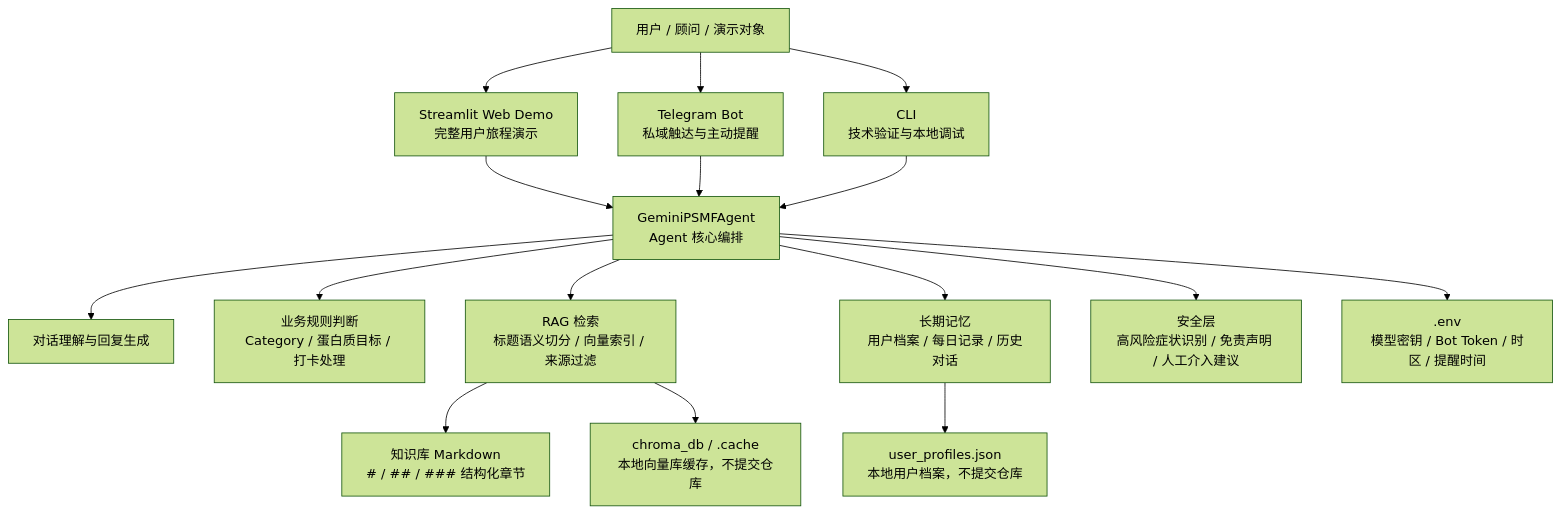
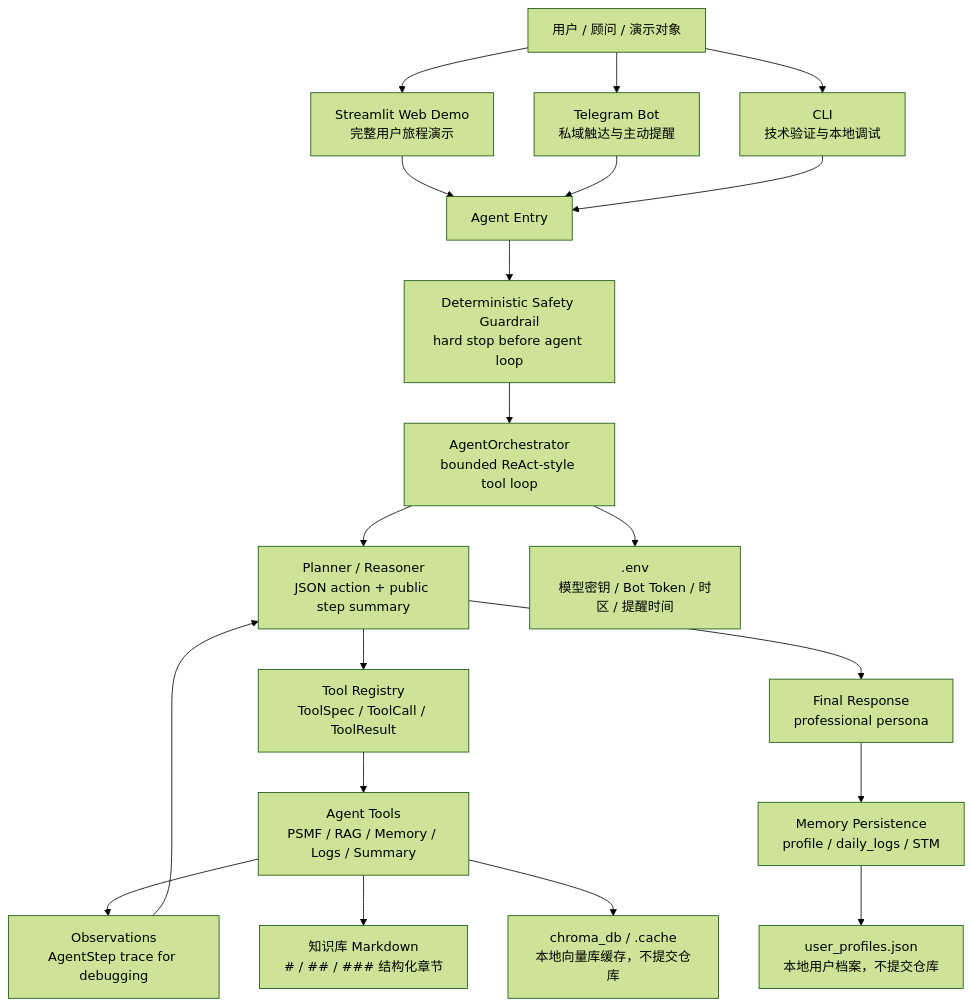
Before and after one commit to xli561980-ship-it/psmf-agent: the first of 2 diagrams in README.md, drawn with Mermaid (forest theme). The commit also changed other lines of this file and 4 other files, not shown here.

Commit message:
docs: update architecture to tool-using agent workflow

````diff
--- a/README.md
+++ b/README.md
@@ -53,35 +54,41 @@
 ```mermaid
 flowchart TB
     U["用户 / 顾问 / 演示对象"]
     WEB["Streamlit Web Demo<br/>完整用户旅程演示"]
     TG["Telegram Bot<br/>私域触达与主动提醒"]
     CLI["CLI<br/>技术验证与本地调试"]
 
-    AGENT["GeminiPSMFAgent<br/>Agent 核心编排"]
-    DIALOG["对话理解与回复生成"]
-    RULES["业务规则判断<br/>Category / 蛋白质目标 / 打卡处理"]
-    RAG["RAG 检索<br/>标题语义切分 / 向量索引 / 来源过滤"]
-    MEMORY["长期记忆<br/>用户档案 / 每日记录 / 历史对话"]
-    SAFETY["安全层<br/>高风险症状识别 / 免责声明 / 人工介入建议"]
+    SAFETY["Deterministic Safety Guardrail<br/>hard stop before agent loop"]
+    ORCH["AgentOrchestrator<br/>bounded ReAct-style tool loop"]
+    PLANNER["Planner / Reasoner<br/>JSON action + public step summary"]
+    REGISTRY["Tool Registry<br/>ToolSpec / ToolCall / ToolResult"]
+    TOOLS["Agent Tools<br/>PSMF / RAG / Memory / Logs / Summary"]
+    OBS["Observations<br/>AgentStep trace for debugging"]
+    FINAL["Final Response<br/>professional persona"]
+    MEMORY["Memory Persistence<br/>profile / daily_logs / STM"]
 
     KB["知识库 Markdown<br/># / ## / ### 结构化章节"]
     PROFILE["user_profiles.json<br/>本地用户档案，不提交仓库"]
     ENV[".env<br/>模型密钥 / Bot Token / 时区 / 提醒时间"]
     CACHE["chroma_db / .cache<br/>本地向量库缓存，不提交仓库"]
 
     U --> WEB
     U --> TG
     U --> CLI
     WEB --> AGENT
     TG --> AGENT
     CLI --> AGENT
-    AGENT --> DIALOG
-    AGENT --> RULES
-    AGENT --> RAG
-    AGENT --> MEMORY
-    AGENT --> SAFETY
-    RAG --> KB
-    RAG --> CACHE
+    AGENT["Agent Entry"] --> SAFETY
+    SAFETY --> ORCH
+    ORCH --> PLANNER
+    PLANNER --> REGISTRY
+    REGISTRY --> TOOLS
+    TOOLS --> OBS
+    OBS --> PLANNER
+    PLANNER --> FINAL
+    FINAL --> MEMORY
+    TOOLS --> KB
+    TOOLS --> CACHE
     MEMORY --> PROFILE
-    AGENT --> ENV
+    ORCH --> ENV
 ```
````
